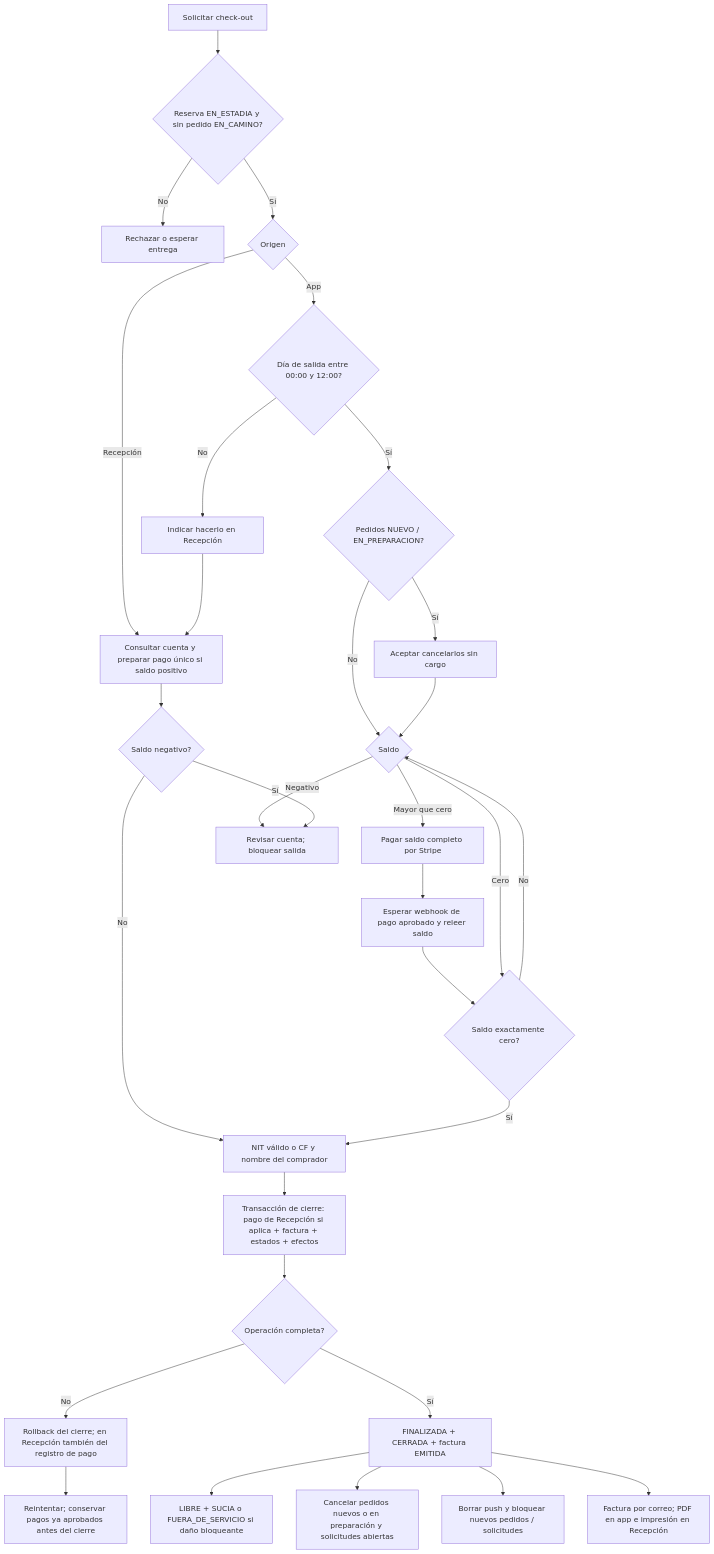
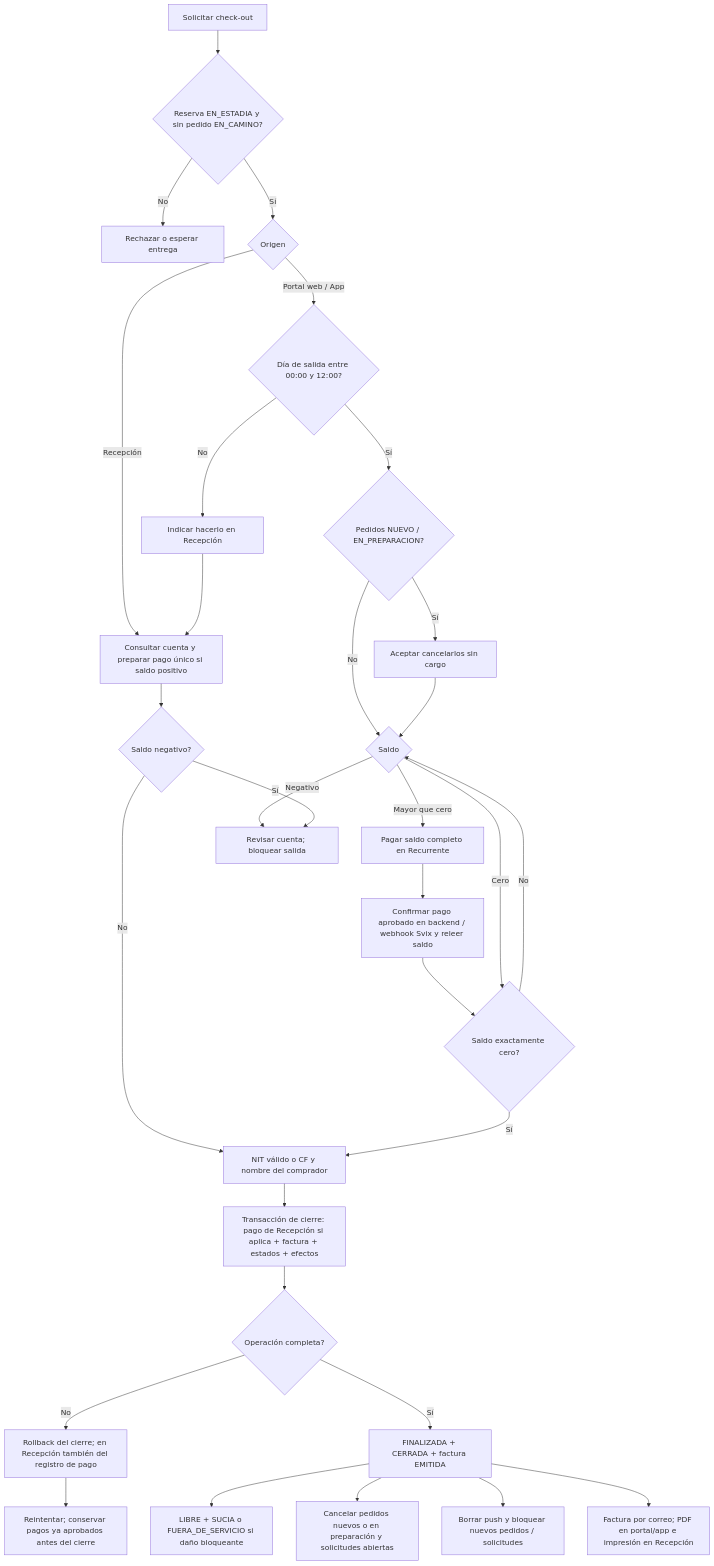
The diagram in 03-arquitectura/diagramas-sistema/17-actividad-decisiones-del-check-out.md (villaserenaguatee/villa-serena-docs), drawn with Mermaid before and after one commit. The commit also changed other lines of this file and 7 other files, not shown here.

First line of the commit message:
docs: actualizar flujos de reserva, Recurrente, correos y acceso al portal (#47)

````diff
--- a/03-arquitectura/diagramas-sistema/17-actividad-decisiones-del-check-out.md
+++ b/03-arquitectura/diagramas-sistema/17-actividad-decisiones-del-check-out.md
@@ -7,33 +9,33 @@
 ```mermaid
 flowchart TB
   I[Solicitar check-out] --> E{Reserva EN_ESTADIA y sin pedido EN_CAMINO?}
   E -->|No| B[Rechazar o esperar entrega]
   E -->|Sí| O{Origen}
-  O -->|App| T{Día de salida entre 00:00 y 12:00?}
+  O -->|Portal web / App| T{Día de salida entre 00:00 y 12:00?}
   T -->|No| REC[Indicar hacerlo en Recepción]
   T -->|Sí| Q{Pedidos NUEVO / EN_PREPARACION?}
   Q -->|Sí| A[Aceptar cancelarlos sin cargo]
   Q -->|No| S{Saldo}
   A --> S
-  S -->|Mayor que cero| ST[Pagar saldo completo por Stripe]
-  ST --> W[Esperar webhook de pago aprobado y releer saldo]
+  S -->|Mayor que cero| ST[Pagar saldo completo en Recurrente]
+  ST --> W[Confirmar pago aprobado en backend / webhook Svix y releer saldo]
   W --> Z{Saldo exactamente cero?}
   S -->|Cero| Z
   S -->|Negativo| NEG[Revisar cuenta; bloquear salida]
   O -->|Recepción| R[Consultar cuenta y preparar pago único si saldo positivo]
   REC --> R
   R --> RS{Saldo negativo?}
   RS -->|Sí| NEG
   RS -->|No| N[NIT válido o CF y nombre del comprador]
   Z -->|Sí| N
   Z -->|No| S
   N --> TX[Transacción de cierre: pago de Recepción si aplica + factura + estados + efectos]
   TX --> OK{Operación completa?}
   OK -->|No| RB[Rollback del cierre; en Recepción también del registro de pago]
   RB --> RET[Reintentar; conservar pagos ya aprobados antes del cierre]
   OK -->|Sí| DONE[FINALIZADA + CERRADA + factura EMITIDA]
   DONE --> ROOM[LIBRE + SUCIA o FUERA_DE_SERVICIO si daño bloqueante]
   DONE --> CAN[Cancelar pedidos nuevos o en preparación y solicitudes abiertas]
   DONE --> PUSH[Borrar push y bloquear nuevos pedidos / solicitudes]
-  DONE --> INV[Factura por correo; PDF en app e impresión en Recepción]
+  DONE --> INV[Factura por correo; PDF en portal/app e impresión en Recepción]
 ```
````
